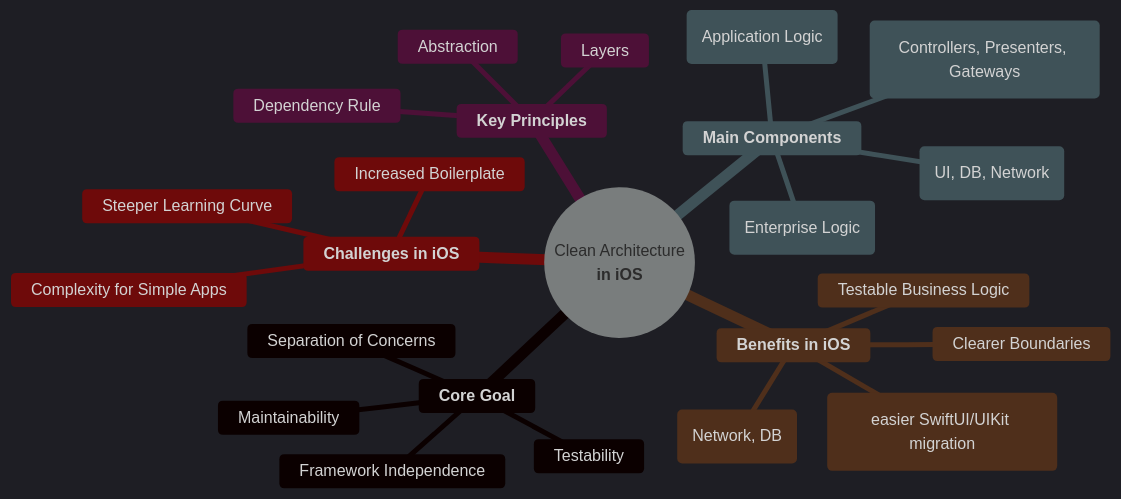
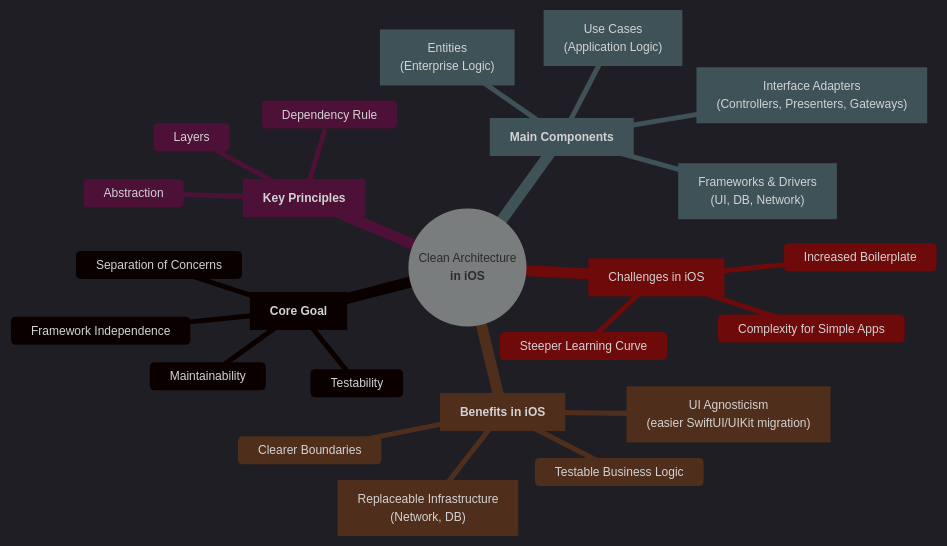
Before and after one commit to CongLeSolutionX/iOS-development-vault: the first of 7 diagrams in Design_Patterns/CLEAN_Architecture/The_CLEAN_Architecture_in_iOS_Development.md, drawn with Mermaid. The commit also changed other lines of this file, not shown here.

````diff
--- a/Design_Patterns/CLEAN_Architecture/The_CLEAN_Architecture_in_iOS_Development.md
+++ b/Design_Patterns/CLEAN_Architecture/The_CLEAN_Architecture_in_iOS_Development.md
@@ -35,28 +36,45 @@
 ```mermaid
-%%{ init: { 'theme': 'dark' } }%%
+---
+title: "What is Clean Architecture?"
+author: "Cong Le"
+version: "1.0"
+license(s): "MIT, CC BY 4.0"
+copyright: "Copyright (c) 2025 Cong Le. All Rights Reserved."
+config:
+  theme: dark
+---
+%%%%%%%% Mermaid version v11.4.1-b.14
+%%{
+  init: {
+    'themeVariables': {
+      'fontSize': '12px',
+      'fontFamily': 'Fantasy'
+    }
+  }
+}%%
 mindmap
-  root((Clean Architecture<br/><b>in iOS</b>))
-    <b>Core Goal</b>
+  root((Clean Architecture<br/>**in iOS**))
+    Core_Goal["**Core Goal**"]
       Separation of Concerns
       Testability
       Maintainability
       Framework Independence
-    <b>Key Principles</b>
+    Key_Principles["**Key Principles**"]
       Layers
       Dependency Rule
       Abstraction
-    <b>Main Components</b>
-      Entities (Enterprise Logic)
-      Use Cases (Application Logic)
-      Interface Adapters (Controllers, Presenters, Gateways)
-      Frameworks & Drivers (UI, DB, Network)
-    <b>Benefits in iOS</b>
+    Main_Components["**Main Components**"]
+      Entities["Entities<br/>(Enterprise Logic)"]
+      Use_Cases["Use Cases<br/>(Application Logic)"]
+      Interface_Adapters["Interface Adapters<br/>(Controllers, Presenters, Gateways)"]
+      Frameworks_and_Drivers["Frameworks & Drivers<br/>(UI, DB, Network)"]
+    Benefits_in_iOS["**Benefits in iOS**"]
       Testable Business Logic
-      UI Agnosticism (easier SwiftUI/UIKit migration)
-      Replaceable Infrastructure (Network, DB)
+      UI_Agnosticism["UI Agnosticism<br/>(easier SwiftUI/UIKit migration)"]
+      Replaceable_Infrastructure["Replaceable Infrastructure<br/>(Network, DB)"]
       Clearer Boundaries
-    <b>Challenges in iOS</b>
+    Challenges_in_iOS["Challenges in iOS"]
       Increased Boilerplate
       Complexity for Simple Apps
       Steeper Learning Curve
 ```
````
